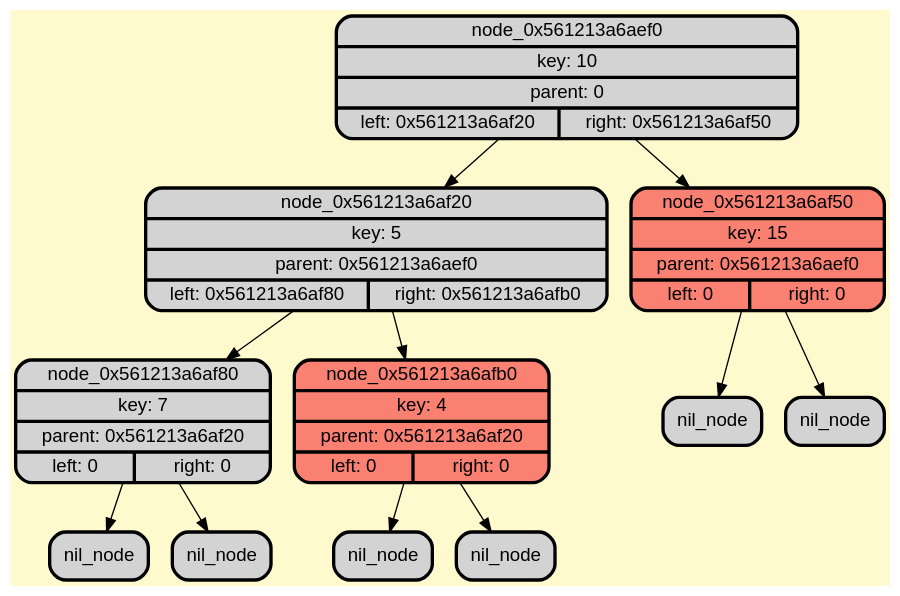
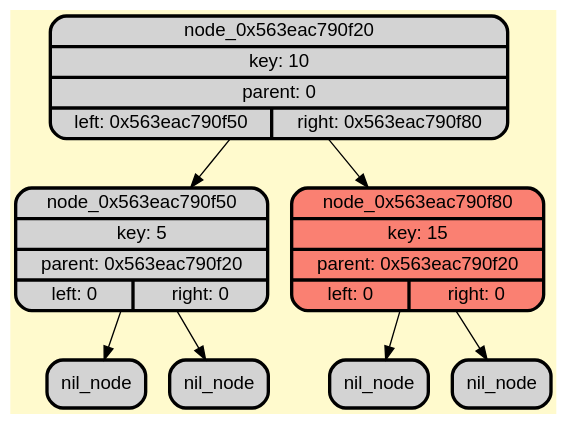
Before and after one commit to RTCupid/Range_queries: the diagram in dump/graph_dump.gv, drawn with Graphviz. The commit also changed 5 other files, not shown here.

Commit message:
[all] - replace std::unique_ptr<Node> to Node* - add some methods - add sintinel (nil_) to class tree - rm trash & dangerous methods

```diff
--- a/dump/graph_dump.gv
+++ b/dump/graph_dump.gv
@@ -1,28 +1,20 @@
 digraph G {
     rankdir=TB;
     node [style=filled, fontname="Helvetica", fontcolor=darkblue, fillcolor=peachpuff, color="#252A34", penwidth=2.5];
     bgcolor="lemonchiffon";
 
-node_0x561213a6aef0[shape=Mrecord; style=filled; fillcolor=lightgray; color="#000000"; fontcolor="#000000"; label="{ node_0x561213a6aef0 | key: 10 | parent: 0| { left: 0x561213a6af20 | right: 0x561213a6af50 } }"];
-node_0x561213a6af20[shape=Mrecord; style=filled; fillcolor=lightgray; color="#000000"; fontcolor="#000000"; label="{ node_0x561213a6af20 | key: 5 | parent: 0x561213a6aef0| { left: 0x561213a6af80 | right: 0x561213a6afb0 } }"];
-node_0x561213a6af80[shape=Mrecord; style=filled; fillcolor=lightgray; color="#000000"; fontcolor="#000000"; label="{ node_0x561213a6af80 | key: 7 | parent: 0x561213a6af20| { left: 0 | right: 0 } }"];
-node_0x561213a6afb0[shape=Mrecord; style=filled; fillcolor=salmon; color="#000000"; fontcolor="#000000"; label="{ node_0x561213a6afb0 | key: 4 | parent: 0x561213a6af20| { left: 0 | right: 0 } }"];
-node_0x561213a6af50[shape=Mrecord; style=filled; fillcolor=salmon; color="#000000"; fontcolor="#000000"; label="{ node_0x561213a6af50 | key: 15 | parent: 0x561213a6aef0| { left: 0 | right: 0 } }"];
+    node_0x563eac790f20[shape=Mrecord; style=filled; fillcolor=lightgray; color="#000000"; fontcolor="#000000"; label="{ node_0x563eac790f20 | key: 10 | parent: 0| { left: 0x563eac790f50 | right: 0x563eac790f80 } }"];
+    node_0x563eac790f50[shape=Mrecord; style=filled; fillcolor=lightgray; color="#000000"; fontcolor="#000000"; label="{ node_0x563eac790f50 | key: 5 | parent: 0x563eac790f20| { left: 0 | right: 0 } }"];
+    node_0x563eac790f80[shape=Mrecord; style=filled; fillcolor=salmon; color="#000000"; fontcolor="#000000"; label="{ node_0x563eac790f80 | key: 15 | parent: 0x563eac790f20| { left: 0 | right: 0 } }"];
 
-    node_0x561213a6aef0 -> node_0x561213a6af20;
-    node_0x561213a6aef0 -> node_0x561213a6af50;
-    node_0x561213a6af20 -> node_0x561213a6af80;
-    node_0x561213a6af20 -> node_0x561213a6afb0;
-    nil_0x561213a6af80_L [shape=Mrecord; style=filled; fillcolor=lightgray; color="#000000"; fontcolor="#000000"; label="nil_node"];
-    node_0x561213a6af80 -> nil_0x561213a6af80_L;
-    nil_0x561213a6af80_R [shape=Mrecord; style=filled; fillcolor=lightgray; color="#000000"; fontcolor="#000000"; label="nil_node"];
-    node_0x561213a6af80 -> nil_0x561213a6af80_R;
-    nil_0x561213a6afb0_L [shape=Mrecord; style=filled; fillcolor=lightgray; color="#000000"; fontcolor="#000000"; label="nil_node"];
-    node_0x561213a6afb0 -> nil_0x561213a6afb0_L;
-    nil_0x561213a6afb0_R [shape=Mrecord; style=filled; fillcolor=lightgray; color="#000000"; fontcolor="#000000"; label="nil_node"];
-    node_0x561213a6afb0 -> nil_0x561213a6afb0_R;
-    nil_0x561213a6af50_L [shape=Mrecord; style=filled; fillcolor=lightgray; color="#000000"; fontcolor="#000000"; label="nil_node"];
-    node_0x561213a6af50 -> nil_0x561213a6af50_L;
-    nil_0x561213a6af50_R [shape=Mrecord; style=filled; fillcolor=lightgray; color="#000000"; fontcolor="#000000"; label="nil_node"];
-    node_0x561213a6af50 -> nil_0x561213a6af50_R;
+    node_0x563eac790f20 -> node_0x563eac790f50;
+    node_0x563eac790f20 -> node_0x563eac790f80;
+    nil_0x563eac790f50_L [shape=Mrecord; style=filled; fillcolor=lightgray; color="#000000"; fontcolor="#000000"; label="nil_node"];
+    node_0x563eac790f50 -> nil_0x563eac790f50_L;
+    nil_0x563eac790f50_R [shape=Mrecord; style=filled; fillcolor=lightgray; color="#000000"; fontcolor="#000000"; label="nil_node"];
+    node_0x563eac790f50 -> nil_0x563eac790f50_R;
+    nil_0x563eac790f80_L [shape=Mrecord; style=filled; fillcolor=lightgray; color="#000000"; fontcolor="#000000"; label="nil_node"];
+    node_0x563eac790f80 -> nil_0x563eac790f80_L;
+    nil_0x563eac790f80_R [shape=Mrecord; style=filled; fillcolor=lightgray; color="#000000"; fontcolor="#000000"; label="nil_node"];
+    node_0x563eac790f80 -> nil_0x563eac790f80_R;
 }
```
